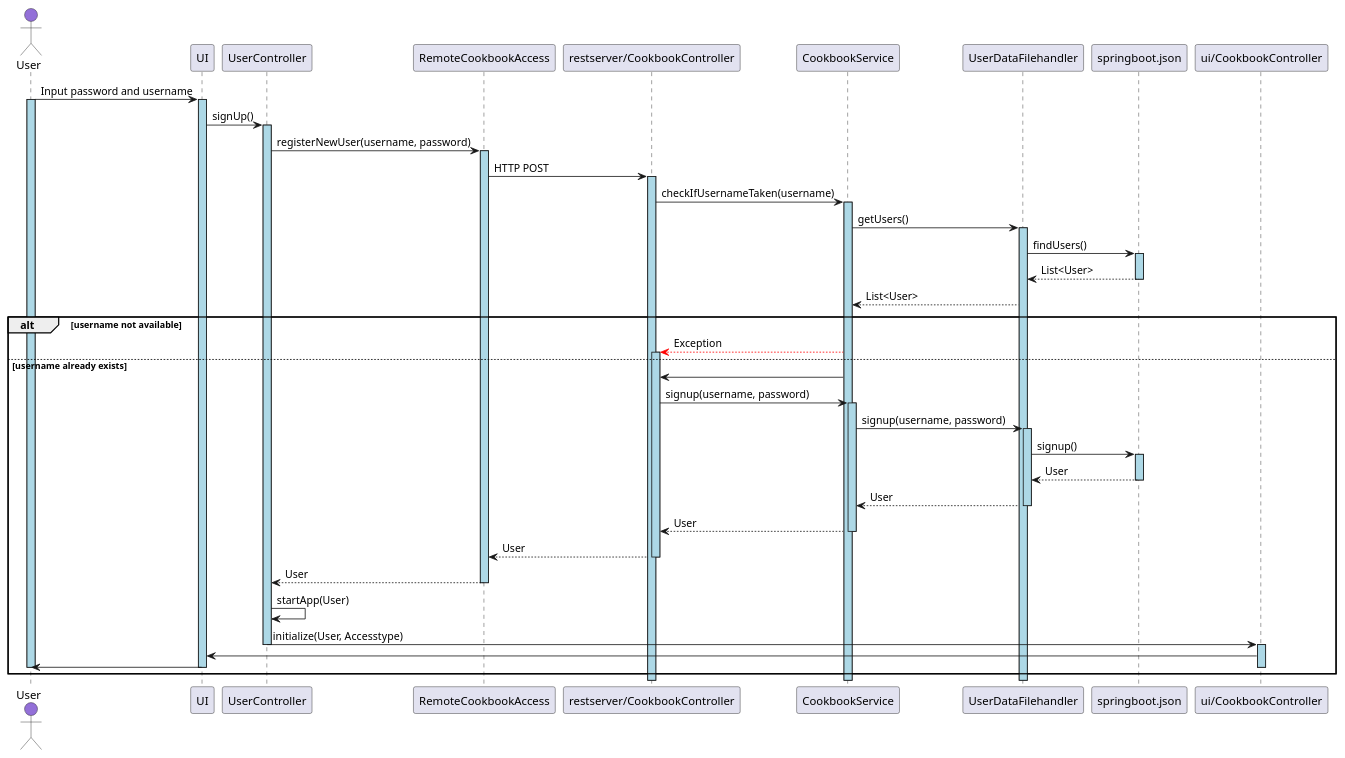
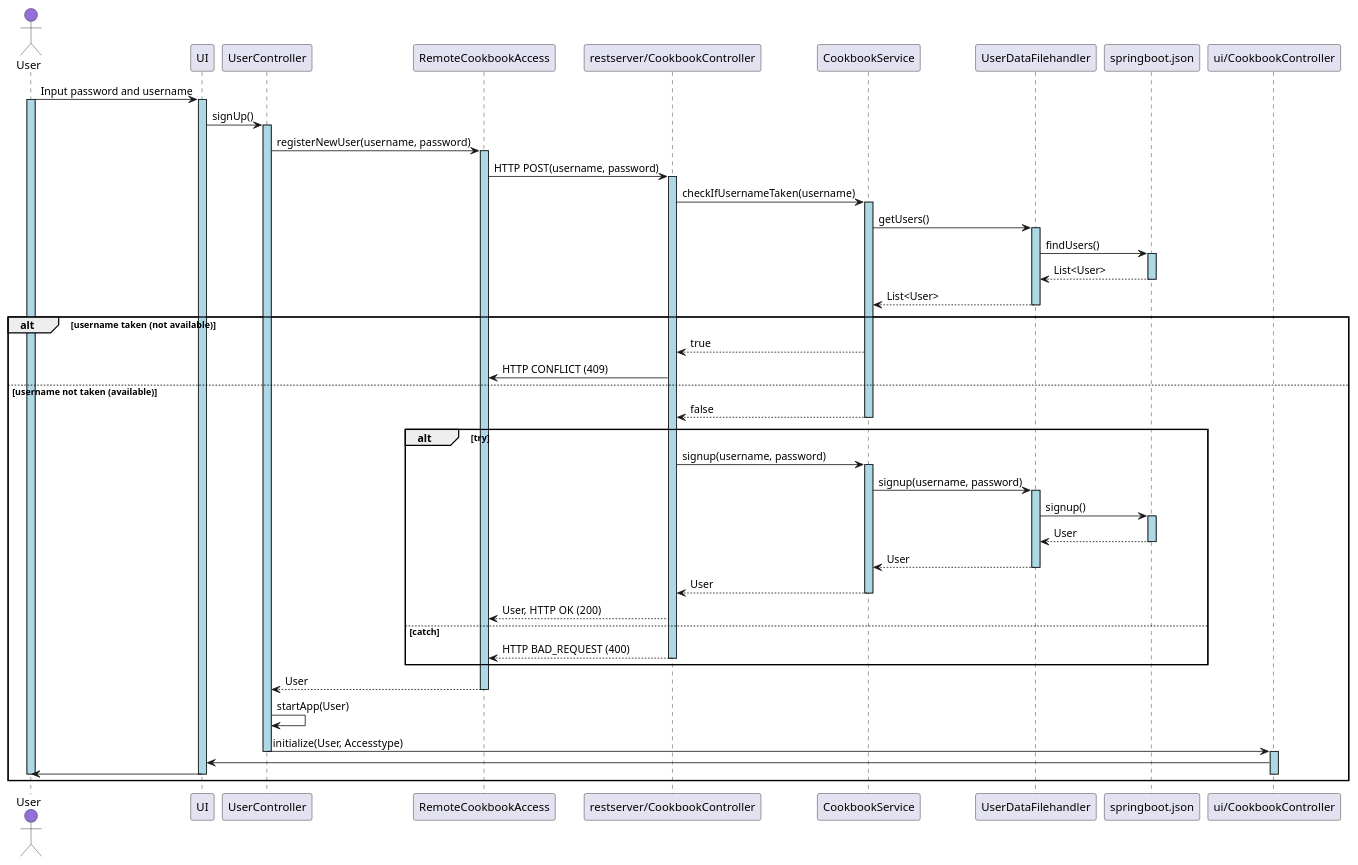
The diagram in cookbook/docs/release3/Diagrams/SequenceDiagram.puml (MadsJJ/Cookbook), drawn with PlantUML before and after one commit. The commit also changed 4 other files, not shown here.

Commit message:
Changed the sequence diagram

```diff
--- a/cookbook/docs/release3/Diagrams/SequenceDiagram.puml
+++ b/cookbook/docs/release3/Diagrams/SequenceDiagram.puml
@@ -1,63 +1,81 @@
 @startuml Sequence Diagram
 
 Actor User as user  #MediumPurple
 participant UI as ui
 participant UserController as uc  
 participant RemoteCookbookAccess as rca 
 participant "restserver/CookbookController" as rcc  
 participant CookbookService as cs 
 participant UserDataFilehandler as udf  
 participant "springboot.json" as sbj 
 participant "ui/CookbookController" as ucc 
 
 user -> ui: Input password and username
 activate user #LightBlue
 activate ui #LightBlue
 ui -> uc: signUp()
 activate uc #LightBlue
 uc -> rca: registerNewUser(username, password)
 activate rca #LightBlue
-rca -> rcc: HTTP POST
+rca -> rcc: HTTP POST(username, password)
 activate rcc #LightBlue
 rcc -> cs: checkIfUsernameTaken(username)
 activate cs #LightBlue
 cs -> udf: getUsers()
 activate udf #LightBlue
 udf -> sbj: findUsers()
 activate sbj #LightBlue
 sbj --> udf: List<User>
 deactivate sbj
 udf --> cs: List<User>
-alt username not available
-cs -[#Red]-> rcc: Exception
-else username already exists 
+deactivate udf
+
+alt username taken (not available)
+cs --> rcc: true
+rcc -> rca: HTTP CONFLICT (409)
+
+else username not taken (available)
+cs --> rcc: false
+deactivate cs
+    group alt [try]
+    rcc -> cs: signup(username, password)
+    activate cs #LightBlue
+    cs -> udf: signup(username, password)
+    activate udf #LightBlue
+    udf -> sbj: signup()
+    activate sbj #LightBlue
+    sbj --> udf: User
+    deactivate sbj
+    udf --> cs: User
+    deactivate udf
+    cs --> rcc: User
+    deactivate cs
+    rcc --> rca: User, HTTP OK (200)
+    
+
+    else catch
+    rcc --> rca: HTTP BAD_REQUEST (400)
+    deactivate rcc
+    end
+
 activate rcc #LightBlue
-cs -> rcc
-rcc -> cs: signup(username, password)
-activate cs #LightBlue
-cs -> udf: signup(username, password)
-activate udf #LightBlue
-udf -> sbj: signup()
-activate sbj #LightBlue
-sbj --> udf: User
-deactivate sbj
-udf --> cs: User
-deactivate udf
-cs --> rcc: User
-deactivate cs
-rcc --> rca: User
-deactivate rcc
+
+
+
+
+
+
 rca --> uc: User
 deactivate rca
 uc -> uc: startApp(User)
 uc -> ucc: initialize(User, Accesstype)
 deactivate uc
 activate ucc #LightBlue
 ucc -> ui
 ui -> user
 deactivate ucc
 deactivate ui
 deactivate user
 end
 
 @enduml
```
